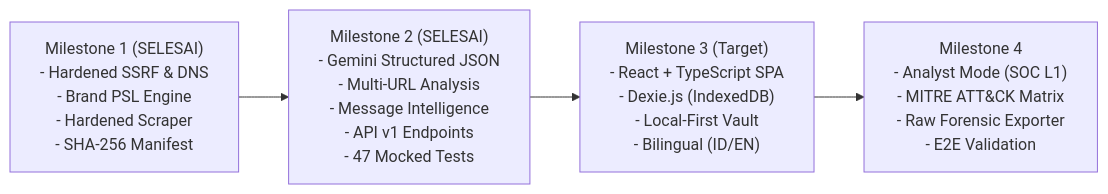
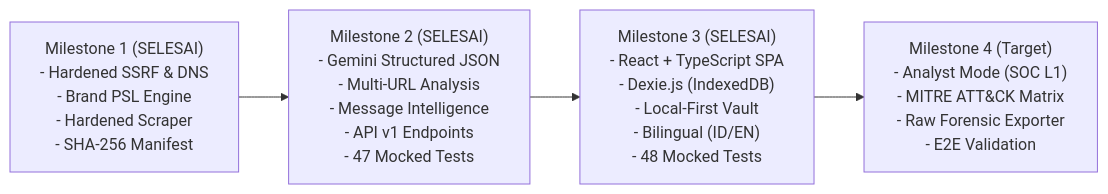
One commit to ChoqySirait/Chatbot changed the second of 2 diagrams in README.md. Above: the diagram before and after it, drawn with Mermaid. The commit also changed other lines of this file and 6 other files, not shown here.

Commit message:
feat(analyze): integrate dual-mode workspace (Consumer vs SOC) & FastAPI dist serving (MS-3.3)

````diff
--- a/README.md
+++ b/README.md
@@ -197,9 +212,9 @@
 ```mermaid
 flowchart LR
     M1["Milestone 1 (SELESAI)\n- Hardened SSRF & DNS\n- Brand PSL Engine\n- Hardened Scraper\n- SHA-256 Manifest"]
     M2["Milestone 2 (SELESAI)\n- Gemini Structured JSON\n- Multi-URL Analysis\n- Message Intelligence\n- API v1 Endpoints\n- 47 Mocked Tests"]
-    M3["Milestone 3 (Target)\n- React + TypeScript SPA\n- Dexie.js (IndexedDB)\n- Local-First Vault\n- Bilingual (ID/EN)"]
-    M4["Milestone 4\n- Analyst Mode (SOC L1)\n- MITRE ATT&CK Matrix\n- Raw Forensic Exporter\n- E2E Validation"]
+    M3["Milestone 3 (SELESAI)\n- React + TypeScript SPA\n- Dexie.js (IndexedDB)\n- Local-First Vault\n- Bilingual (ID/EN)\n- 48 Mocked Tests"]
+    M4["Milestone 4 (Target)\n- Analyst Mode (SOC L1)\n- MITRE ATT&CK Matrix\n- Raw Forensic Exporter\n- E2E Validation"]
 
     M1 --> M2 --> M3 --> M4
 ```
````
